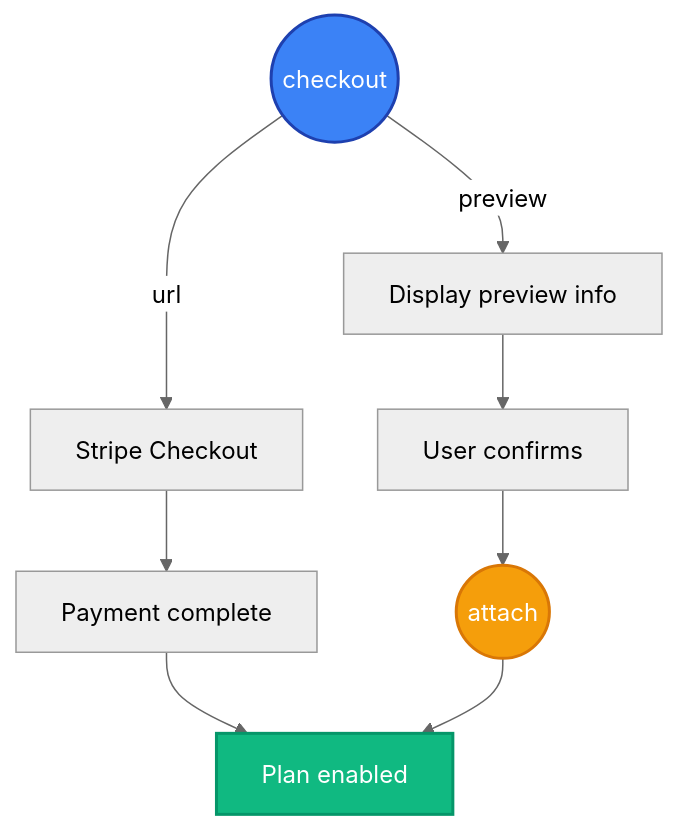
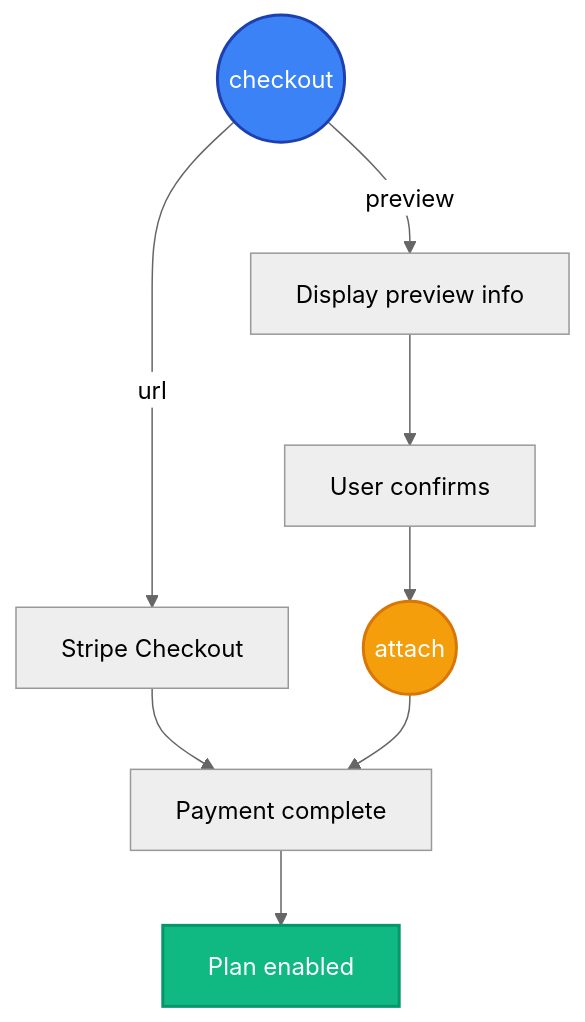
One commit to useautumn/docs changed the diagram in mintlify/getting-started/sdk.mdx. Above: the diagram before and after it, drawn with Mermaid (neutral theme).

Commit message:
fix payment flowchart

````diff
--- a/mintlify/getting-started/sdk.mdx
+++ b/mintlify/getting-started/sdk.mdx
@@ -117,18 +117,18 @@
 ```mermaid
 graph TD
   A(("checkout")) -->|"url"| B["Stripe Checkout"]
   A -->|"preview"| C["Display preview info"]
   B --> D["Payment complete"]
   D --> E["Plan enabled"]
   C --> F["User confirms"]
   F --> G(("attach"))
-  G --> E
+  G --> D
 
   classDef checkoutStyle fill:#3b82f6,stroke:#1e40af,stroke-width:2px,color:#fff
   classDef attachStyle fill:#f59e0b,stroke:#d97706,stroke-width:2px,color:#fff
   classDef successStyle fill:#10b981,stroke:#059669,stroke-width:2px,color:#fff
 
   class A checkoutStyle
   class G attachStyle
   class E successStyle
 ```
````
